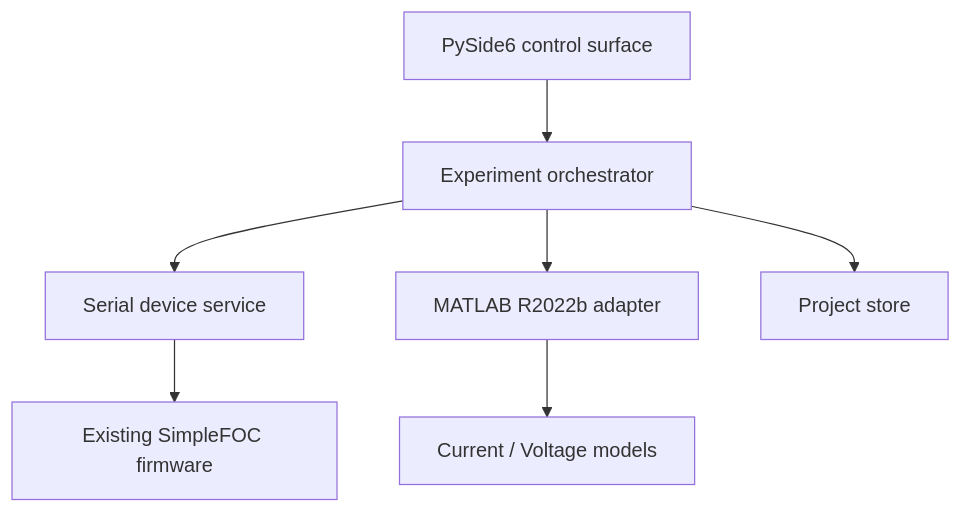
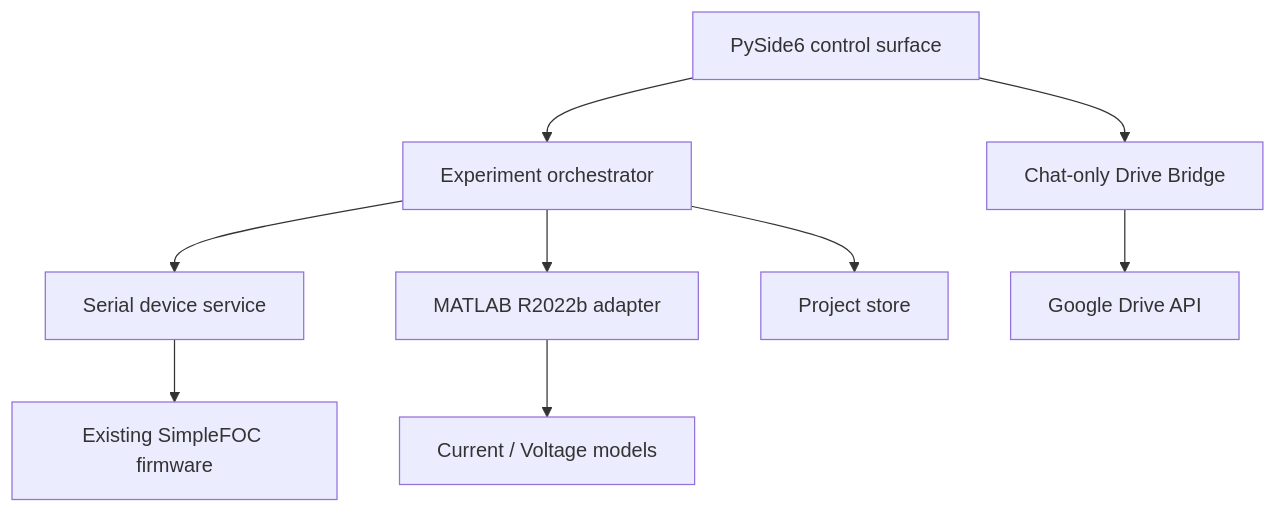
Before and after one commit to Granik115/FOCTwin: the diagram in docs/architecture.md, drawn with Mermaid. The commit also changed other lines of this file and 13 other files, not shown here.

Commit message:
Add durable Google Drive chat bridge

````diff
--- a/docs/architecture.md
+++ b/docs/architecture.md
@@ -6,9 +6,11 @@
 ```mermaid
 flowchart TD
     UI["PySide6 control surface"] --> ORCH["Experiment orchestrator"]
+    UI --> BRIDGE["Chat-only Drive Bridge"]
     ORCH --> DEVICE["Serial device service"]
     ORCH --> MATLAB["MATLAB R2022b adapter"]
     ORCH --> STORE["Project store"]
     DEVICE --> FW["Existing SimpleFOC firmware"]
     MATLAB --> MODELS["Current / Voltage models"]
+    BRIDGE --> DRIVE["Google Drive API"]
 ```
````
